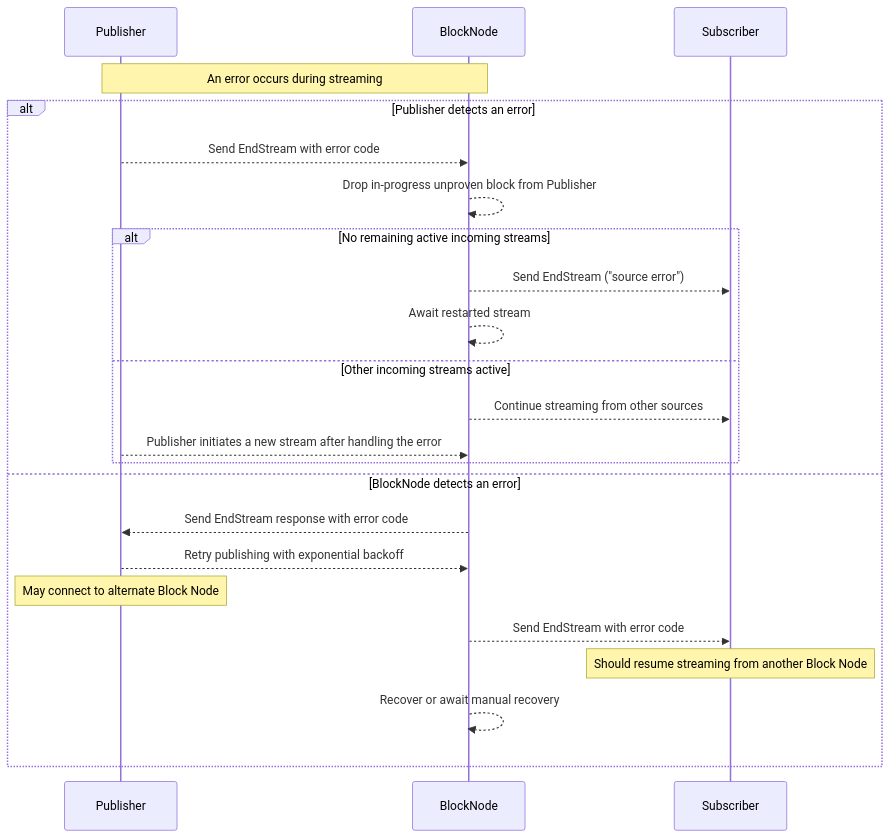
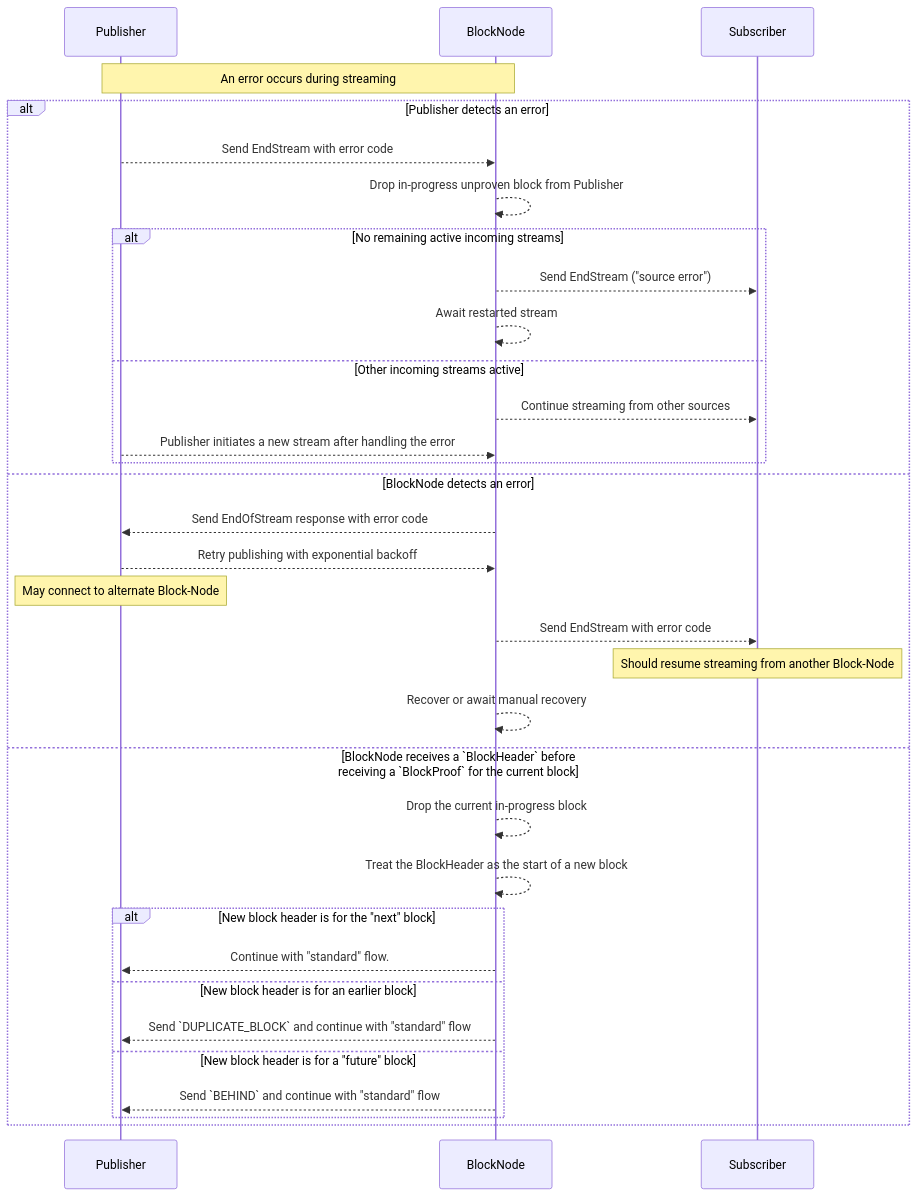
The fourth of 4 diagrams in docs/design/communication-protocol/publish-block-stream.md (hiero-ledger/hiero-block-node), drawn with Mermaid before and after one commit. The commit also changed other lines of this file and 1 other file, not shown here.

````diff
--- a/docs/design/communication-protocol/publish-block-stream.md
+++ b/docs/design/communication-protocol/publish-block-stream.md
@@ -185,27 +377,37 @@
 ```mermaid
 sequenceDiagram
     participant Publisher
     participant BlockNode
     participant Subscriber
 
     Note over Publisher,BlockNode: An error occurs during streaming
 
     alt Publisher detects an error
         Publisher-->>BlockNode: Send EndStream with error code
         BlockNode-->>BlockNode: Drop in-progress unproven block from Publisher
         alt No remaining active incoming streams
             BlockNode-->>Subscriber: Send EndStream ("source error")
             BlockNode-->>BlockNode: Await restarted stream
         else Other incoming streams active
             BlockNode-->>Subscriber: Continue streaming from other sources
             Publisher-->>BlockNode: Publisher initiates a new stream after handling the error
         end
     else BlockNode detects an error
-        BlockNode-->>Publisher: Send EndStream response with error code
+        BlockNode-->>Publisher: Send EndOfStream response with error code
         Publisher-->>BlockNode: Retry publishing with exponential backoff
-        Note over Publisher: May connect to alternate Block Node
+        Note over Publisher: May connect to alternate Block-Node
         BlockNode-->>Subscriber: Send EndStream with error code
-        Note over Subscriber: Should resume streaming from another Block Node
+        Note over Subscriber: Should resume streaming from another Block-Node
         BlockNode-->>BlockNode: Recover or await manual recovery
+    else BlockNode receives a `BlockHeader` before<br/>receiving a `BlockProof` for the current block
+        BlockNode-->>BlockNode: Drop the current in-progress block
+        BlockNode-->>BlockNode: Treat the BlockHeader as the start of a new block
+        alt New block header is for the "next" block
+            BlockNode-->>Publisher: Continue with "standard" flow.
+        else New block header is for an earlier block
+            BlockNode-->>Publisher: Send `DUPLICATE_BLOCK` and continue with "standard" flow
+        else New block header is for a "future" block
+            BlockNode-->>Publisher: Send `BEHIND` and continue with "standard" flow
+        end
     end
 ```
````
